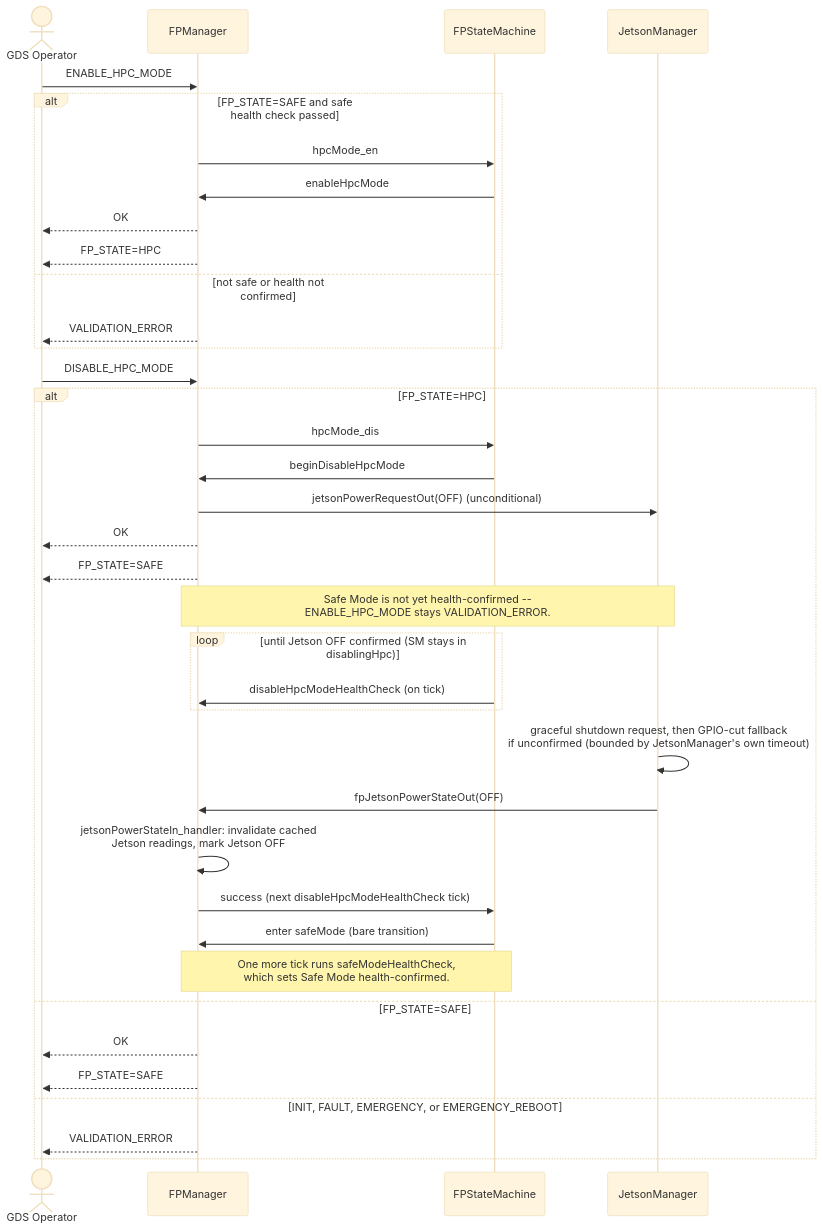
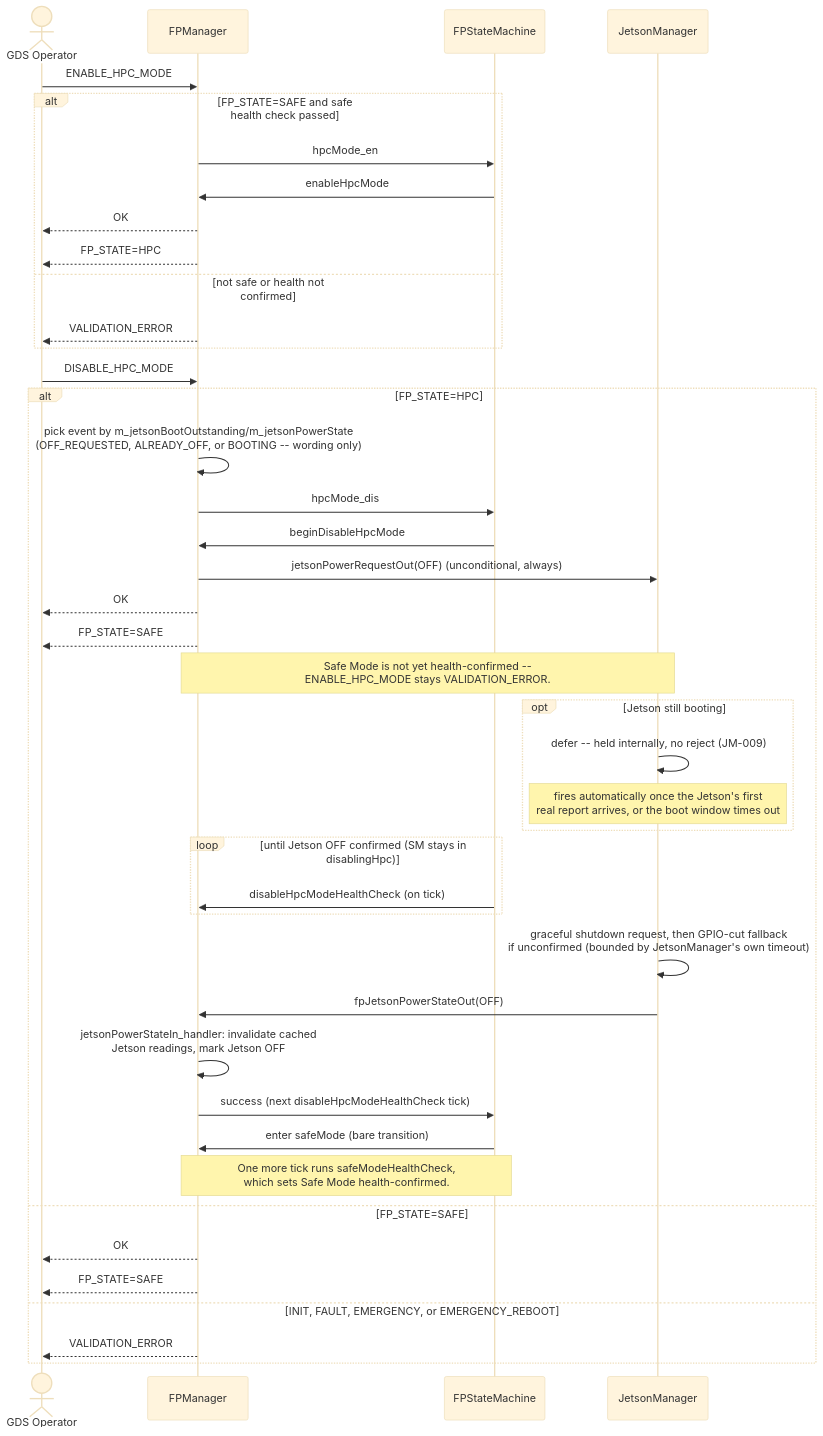
The fifth of 8 diagrams in scales/scalesSvc/FPManager/docs/sdd.md (BroncoSpace-Lab/fprime-scales), drawn with Mermaid (base theme) before and after one commit. The commit also changed other lines of this file and 13 other files, not shown here.

````diff
--- a/scales/scalesSvc/FPManager/docs/sdd.md
+++ b/scales/scalesSvc/FPManager/docs/sdd.md
@@ -530,41 +554,46 @@
 ```mermaid
 sequenceDiagram
     actor Operator as GDS Operator
     participant FPM as FPManager
     participant SM as FPStateMachine
     participant JM as JetsonManager
 
     Operator->>FPM: ENABLE_HPC_MODE
     alt FP_STATE=SAFE and safe health check passed
         FPM->>SM: hpcMode_en
         SM->>FPM: enableHpcMode
         FPM-->>Operator: OK
         FPM-->>Operator: FP_STATE=HPC
     else not safe or health not confirmed
         FPM-->>Operator: VALIDATION_ERROR
     end
 
     Operator->>FPM: DISABLE_HPC_MODE
     alt FP_STATE=HPC
+        FPM->>FPM: pick event by m_jetsonBootOutstanding/m_jetsonPowerState<br>(OFF_REQUESTED, ALREADY_OFF, or BOOTING -- wording only)
         FPM->>SM: hpcMode_dis
         SM->>FPM: beginDisableHpcMode
-        FPM->>JM: jetsonPowerRequestOut(OFF) (unconditional)
+        FPM->>JM: jetsonPowerRequestOut(OFF) (unconditional, always)
         FPM-->>Operator: OK
         FPM-->>Operator: FP_STATE=SAFE
         Note over FPM,JM: Safe Mode is not yet health-confirmed --<br>ENABLE_HPC_MODE stays VALIDATION_ERROR.
+        opt Jetson still booting
+            JM->>JM: defer -- held internally, no reject (JM-009)
+            Note over JM: fires automatically once the Jetson's first<br>real report arrives, or the boot window times out
+        end
         loop until Jetson OFF confirmed (SM stays in disablingHpc)
             SM->>FPM: disableHpcModeHealthCheck (on tick)
         end
         JM->>JM: graceful shutdown request, then GPIO-cut fallback<br>if unconfirmed (bounded by JetsonManager's own timeout)
         JM->>FPM: fpJetsonPowerStateOut(OFF)
         FPM->>FPM: jetsonPowerStateIn_handler: invalidate cached<br>Jetson readings, mark Jetson OFF
         FPM->>SM: success (next disableHpcModeHealthCheck tick)
         SM->>FPM: enter safeMode (bare transition)
         Note over FPM,SM: One more tick runs safeModeHealthCheck,<br>which sets Safe Mode health-confirmed.
     else FP_STATE=SAFE
         FPM-->>Operator: OK
         FPM-->>Operator: FP_STATE=SAFE
     else INIT, FAULT, EMERGENCY, or EMERGENCY_REBOOT
         FPM-->>Operator: VALIDATION_ERROR
     end
 ```
````
